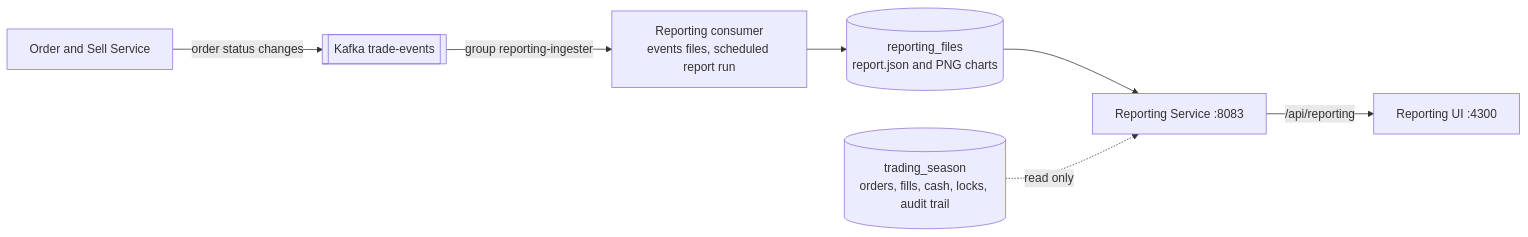
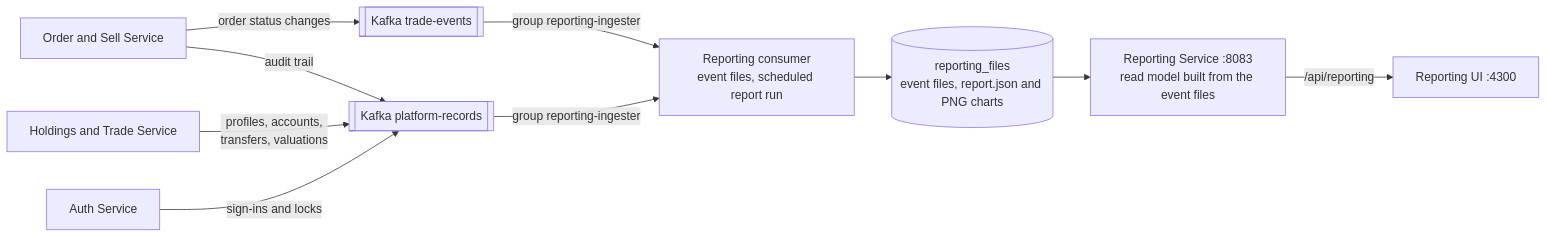
The first of 3 diagrams in apps/reporting-ui/README.md (seankcheema/trading-season), drawn with Mermaid before and after one commit. The commit also changed other lines of this file and 553 other files, not shown here.

````diff
--- a/apps/reporting-ui/README.md
+++ b/apps/reporting-ui/README.md
@@ -39,9 +39,12 @@
 ```mermaid
 flowchart LR
     OS["Order and Sell Service"] -- "order status changes" --> K[["Kafka trade-events"]]
-    K -- "group reporting-ingester" --> C["Reporting consumer<br/>events files, scheduled report run"]
-    C --> F[("reporting_files<br/>report.json and PNG charts")]
-    F --> RS["Reporting Service :8083"]
-    DB[("trading_season<br/>orders, fills, cash, locks, audit trail")] -. "read only" .-> RS
+    OS -- "audit trail" --> P[["Kafka platform-records"]]
+    HT["Holdings and Trade Service"] -- "profiles, accounts,<br/>transfers, valuations" --> P
+    AS["Auth Service"] -- "sign-ins and locks" --> P
+    K -- "group reporting-ingester" --> C["Reporting consumer<br/>event files, scheduled report run"]
+    P -- "group reporting-ingester" --> C
+    C --> F[("reporting_files<br/>event files, report.json and PNG charts")]
+    F --> RS["Reporting Service :8083<br/>read model built from the event files"]
     RS -- "/api/reporting" --> UI["Reporting UI :4300"]
 ```
````
